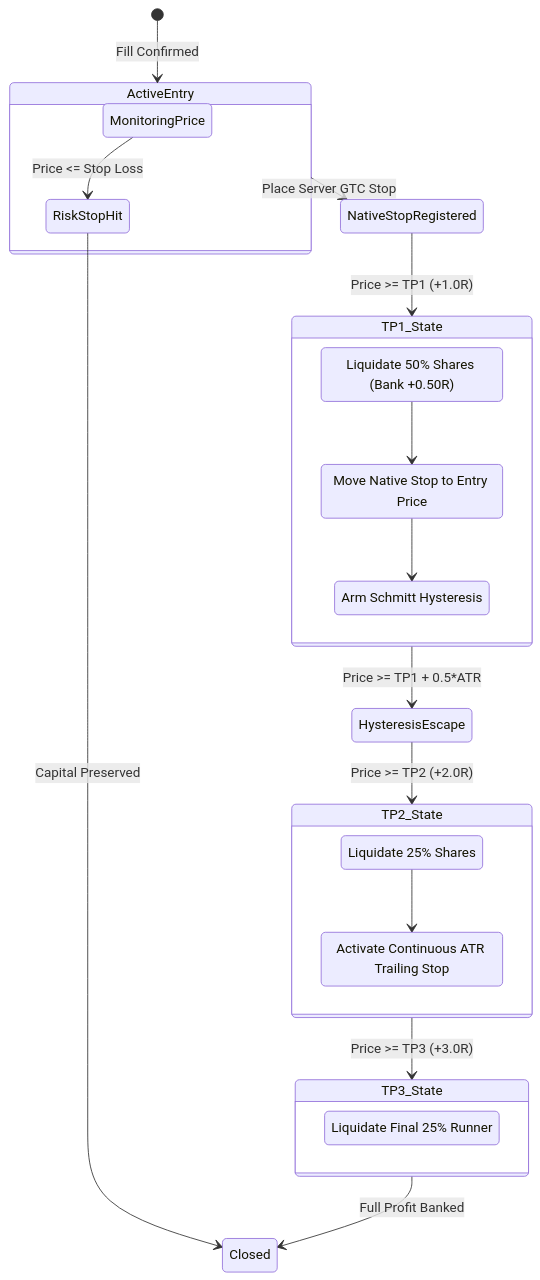
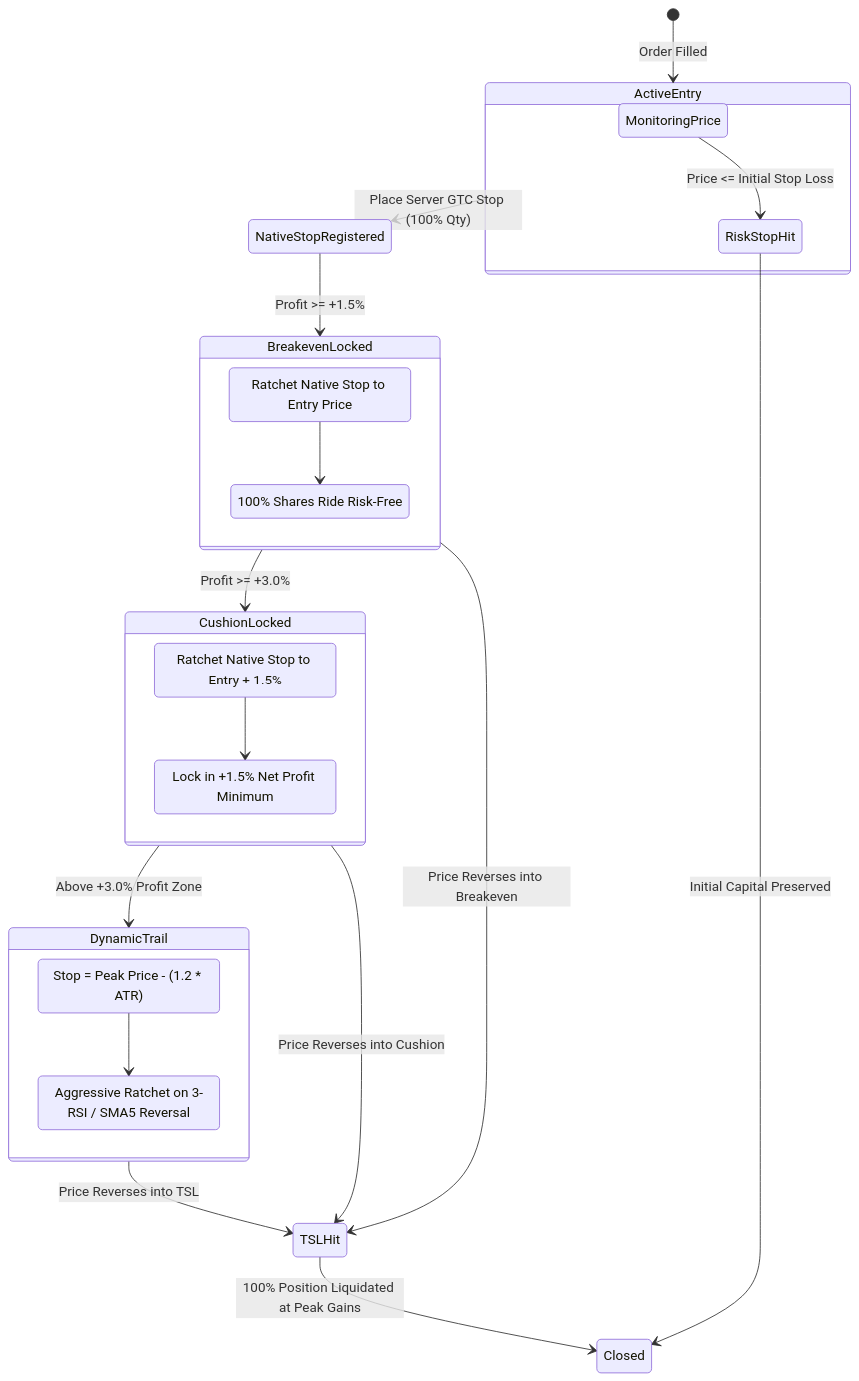
The second of 2 diagrams in docs/architecture.md (shahpratik1/leverage_t212), drawn with Mermaid before and after one commit. The commit also changed other lines of this file and 5 other files, not shown here.

First line of the commit message:
docs(architecture): update system architecture, dashboard telemetry, and contracts for pure TSL

````diff
--- a/docs/architecture.md
+++ b/docs/architecture.md
@@ -206,38 +209,41 @@
 ```mermaid
 stateDiagram-v2
-    [*] --> ActiveEntry: Fill Confirmed
-    ActiveEntry --> NativeStopRegistered: Place Server GTC Stop
+    [*] --> ActiveEntry: Order Filled
+    ActiveEntry --> NativeStopRegistered: Place Server GTC Stop (100% Qty)
     
     state ActiveEntry {
         direction LR
-        MonitoringPrice --> RiskStopHit: Price <= Stop Loss
+        MonitoringPrice --> RiskStopHit: Price <= Initial Stop Loss
     }
     
-    NativeStopRegistered --> TP1_State: Price >= TP1 (+1.0R)
+    NativeStopRegistered --> BreakevenLocked: Profit >= +1.5%
     
-    state TP1_State {
-        Trim50Pct: Liquidate 50% Shares (Bank +0.50R)
-        MoveBreakEven: Move Native Stop to Entry Price
-        ArmHysteresis: Arm Schmitt Hysteresis
-        Trim50Pct --> MoveBreakEven
-        MoveBreakEven --> ArmHysteresis
+    state BreakevenLocked {
+        StopToEntry: Ratchet Native Stop to Entry Price
+        ZeroLossAssurance: 100% Shares Ride Risk-Free
+        StopToEntry --> ZeroLossAssurance
     }
     
-    TP1_State --> HysteresisEscape: Price >= TP1 + 0.5*ATR
-    HysteresisEscape --> TP2_State: Price >= TP2 (+2.0R)
+    BreakevenLocked --> CushionLocked: Profit >= +3.0%
     
-    state TP2_State {
-        Trim25Pct: Liquidate 25% Shares
-        ActivateTSL: Activate Continuous ATR Trailing Stop
-        Trim25Pct --> ActivateTSL
+    state CushionLocked {
+        StopToCushion: Ratchet Native Stop to Entry + 1.5%
+        GuaranteedProfit: Lock in +1.5% Net Profit Minimum
+        StopToCushion --> GuaranteedProfit
     }
     
-    TP2_State --> TP3_State: Price >= TP3 (+3.0R)
+    CushionLocked --> DynamicTrail: Above +3.0% Profit Zone
     
-    state TP3_State {
-        CloseRunner: Liquidate Final 25% Runner
+    state DynamicTrail {
+        ChandelierTrail: Stop = Peak Price - (1.2 * ATR)
+        TightenOnExhaustion: Aggressive Ratchet on 3-RSI / SMA5 Reversal
+        ChandelierTrail --> TightenOnExhaustion
     }
     
-    TP3_State --> Closed: Full Profit Banked
-    RiskStopHit --> Closed: Capital Preserved
+    DynamicTrail --> TSLHit: Price Reverses into TSL
+    CushionLocked --> TSLHit: Price Reverses into Cushion
+    BreakevenLocked --> TSLHit: Price Reverses into Breakeven
+    
+    TSLHit --> Closed: 100% Position Liquidated at Peak Gains
+    RiskStopHit --> Closed: Initial Capital Preserved
 ```
````
